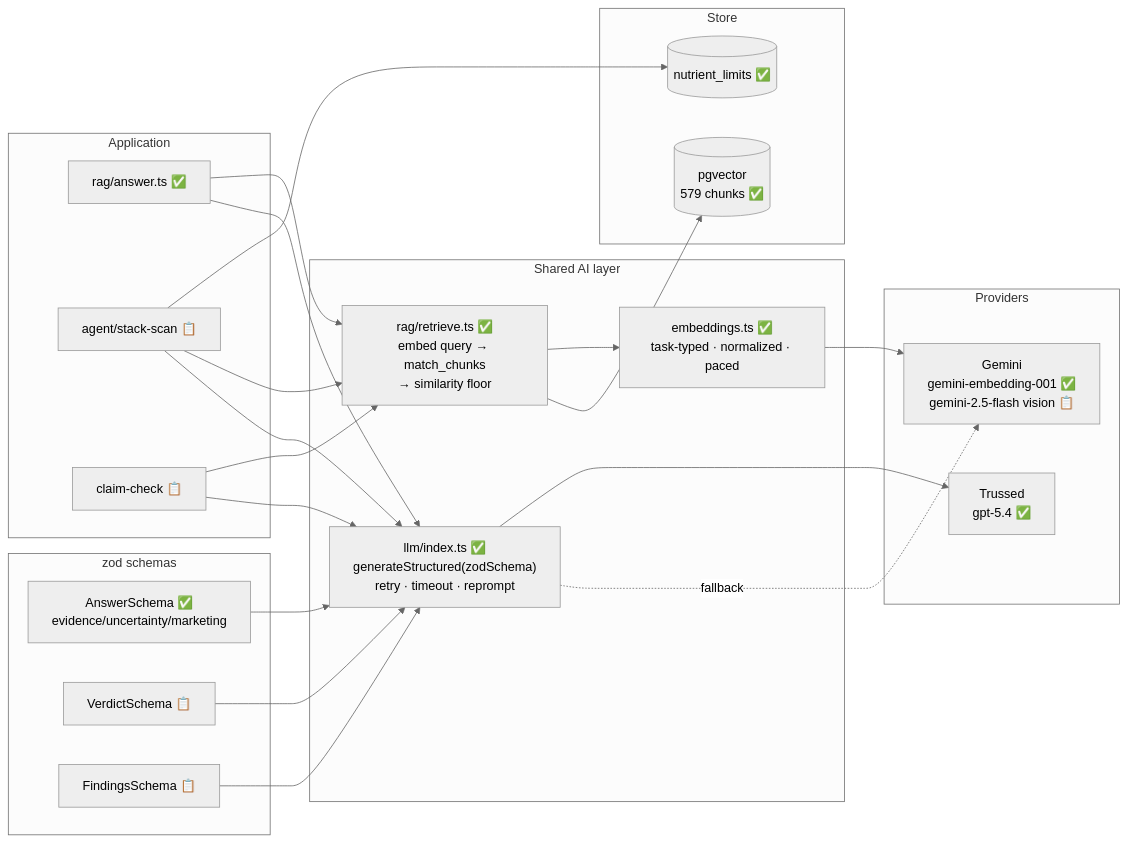
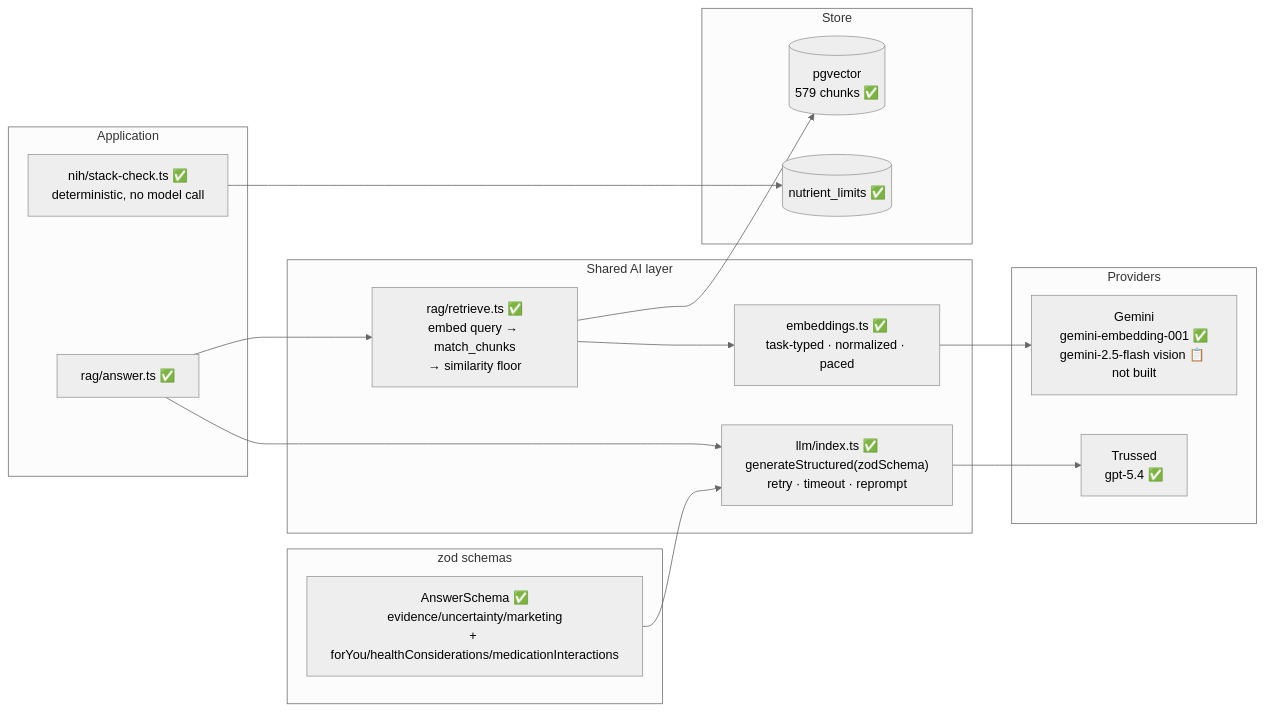
One commit to notypos/buildphase-notypos-deploy changed the seventh of 8 diagrams in design.md. Above: the diagram before and after it, drawn with Mermaid (neutral theme). The commit also changed other lines of this file and 13 other files, not shown here.

````diff
--- a/design.md
+++ b/design.md
@@ -465,43 +482,33 @@
 ```mermaid
 graph LR
     subgraph app["Application"]
         ASK["rag/answer.ts ✅"]
-        AGENT["agent/stack-scan 📋"]
-        CHK["claim-check 📋"]
+        NIH["nih/stack-check.ts ✅<br/>deterministic, no model call"]
     end
 
     subgraph shared["Shared AI layer"]
         RET["rag/retrieve.ts ✅<br/>embed query → match_chunks<br/>→ similarity floor"]
         GEN["llm/index.ts ✅<br/>generateStructured(zodSchema)<br/>retry · timeout · reprompt"]
         EMBED["embeddings.ts ✅<br/>task-typed · normalized · paced"]
     end
 
     subgraph schemas["zod schemas"]
-        S1["AnswerSchema ✅<br/>evidence/uncertainty/marketing"]
-        S2["VerdictSchema 📋"]
-        S3["FindingsSchema 📋"]
+        S1["AnswerSchema ✅<br/>evidence/uncertainty/marketing<br/>+ forYou/healthConsiderations/medicationInteractions"]
     end
 
     subgraph providers["Providers"]
-        G["Gemini<br/>gemini-embedding-001 ✅<br/>gemini-2.5-flash vision 📋"]
+        G["Gemini<br/>gemini-embedding-001 ✅<br/>gemini-2.5-flash vision 📋 not built"]
         T["Trussed<br/>gpt-5.4 ✅"]
     end
 
     subgraph store["Store"]
         V[("pgvector<br/>579 chunks ✅")]
         NL[("nutrient_limits ✅")]
     end
 
     ASK --> RET --> EMBED --> G
     RET --> V
     ASK --> GEN --> T
-    GEN -.fallback.-> G
-    CHK --> RET
-    CHK --> GEN
-    AGENT --> NL
-    AGENT --> RET
-    AGENT --> GEN
+    NIH --> NL
     S1 --> GEN
-    S2 --> GEN
-    S3 --> GEN
 ```
````
